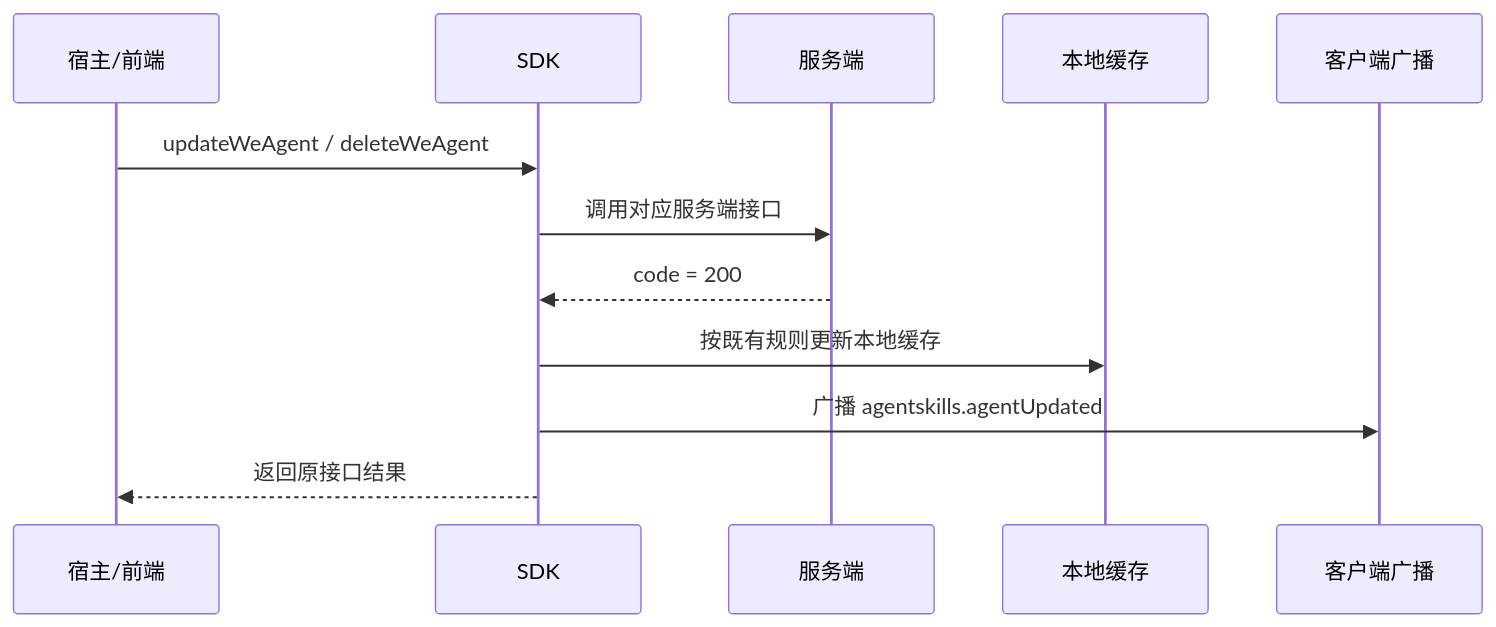
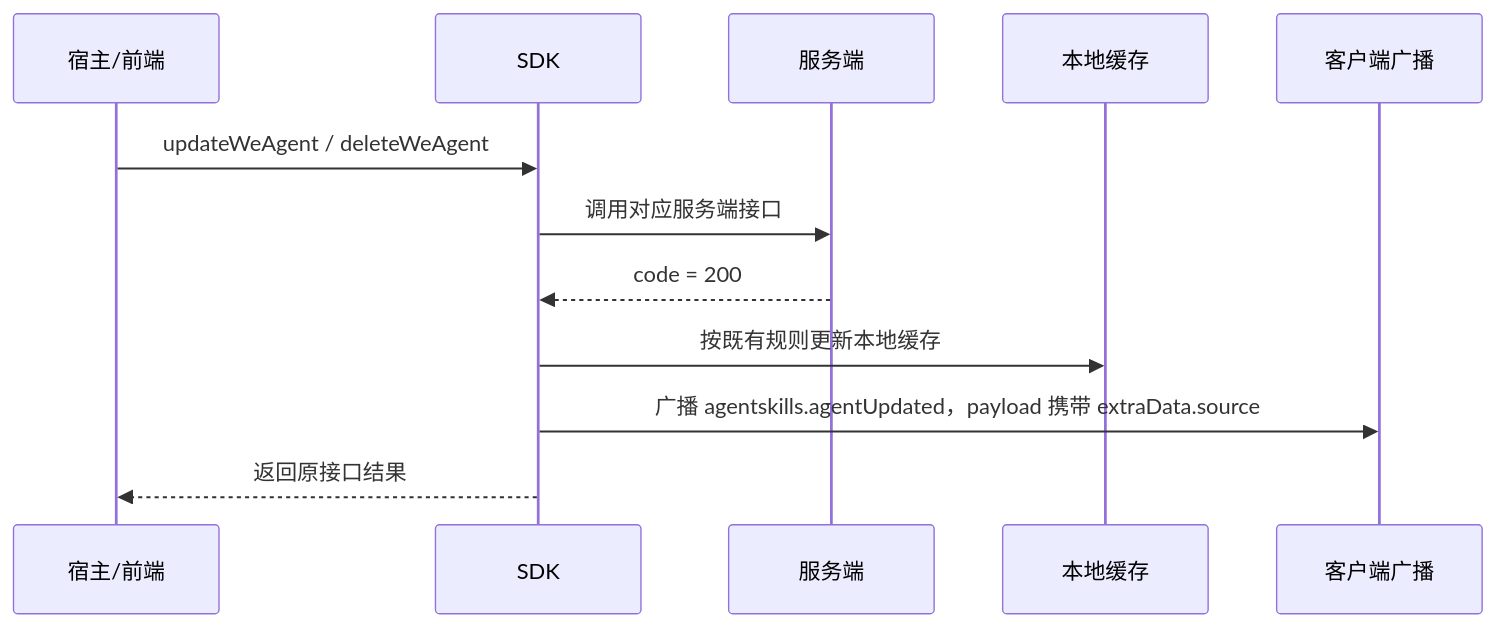
One commit to Abelsjcheng/skillSDK changed the sixth of 10 diagrams in 2026-05-08-we-agent-detail-sync-plan.md. Above: the diagram before and after it, drawn with Mermaid. The commit also changed other lines of this file, not shown here.

````diff
--- a/2026-05-08-we-agent-detail-sync-plan.md
+++ b/2026-05-08-we-agent-detail-sync-plan.md
@@ -171,15 +172,15 @@
 ```mermaid
 sequenceDiagram
     participant Host as 宿主/前端
     participant SDK as SDK
     participant Server as 服务端
     participant Cache as 本地缓存
     participant Broadcast as 客户端广播
 
     Host->>SDK: updateWeAgent / deleteWeAgent
     SDK->>Server: 调用对应服务端接口
     Server-->>SDK: code = 200
     SDK->>Cache: 按既有规则更新本地缓存
-    SDK->>Broadcast: 广播 agentskills.agentUpdated
+    SDK->>Broadcast: 广播 agentskills.agentUpdated，payload 携带 extraData.source
     SDK-->>Host: 返回原接口结果
 ```
````
